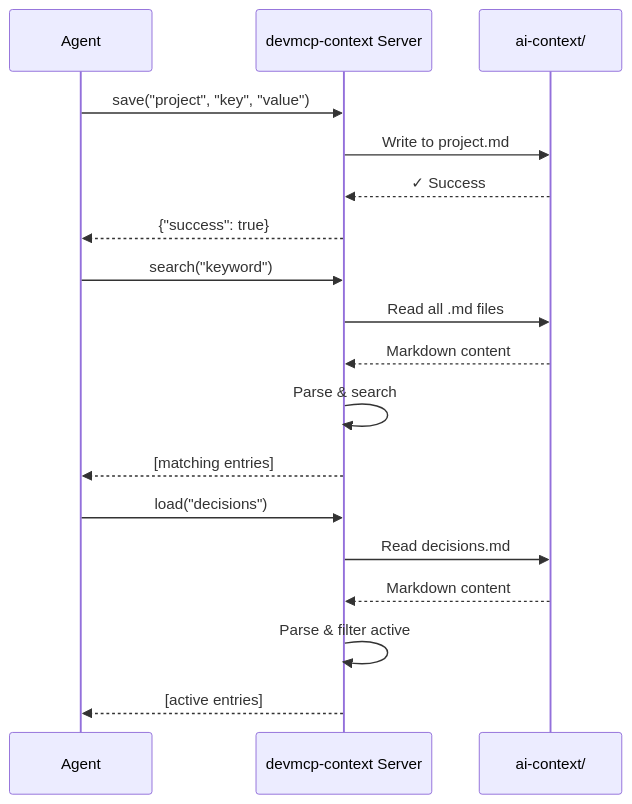
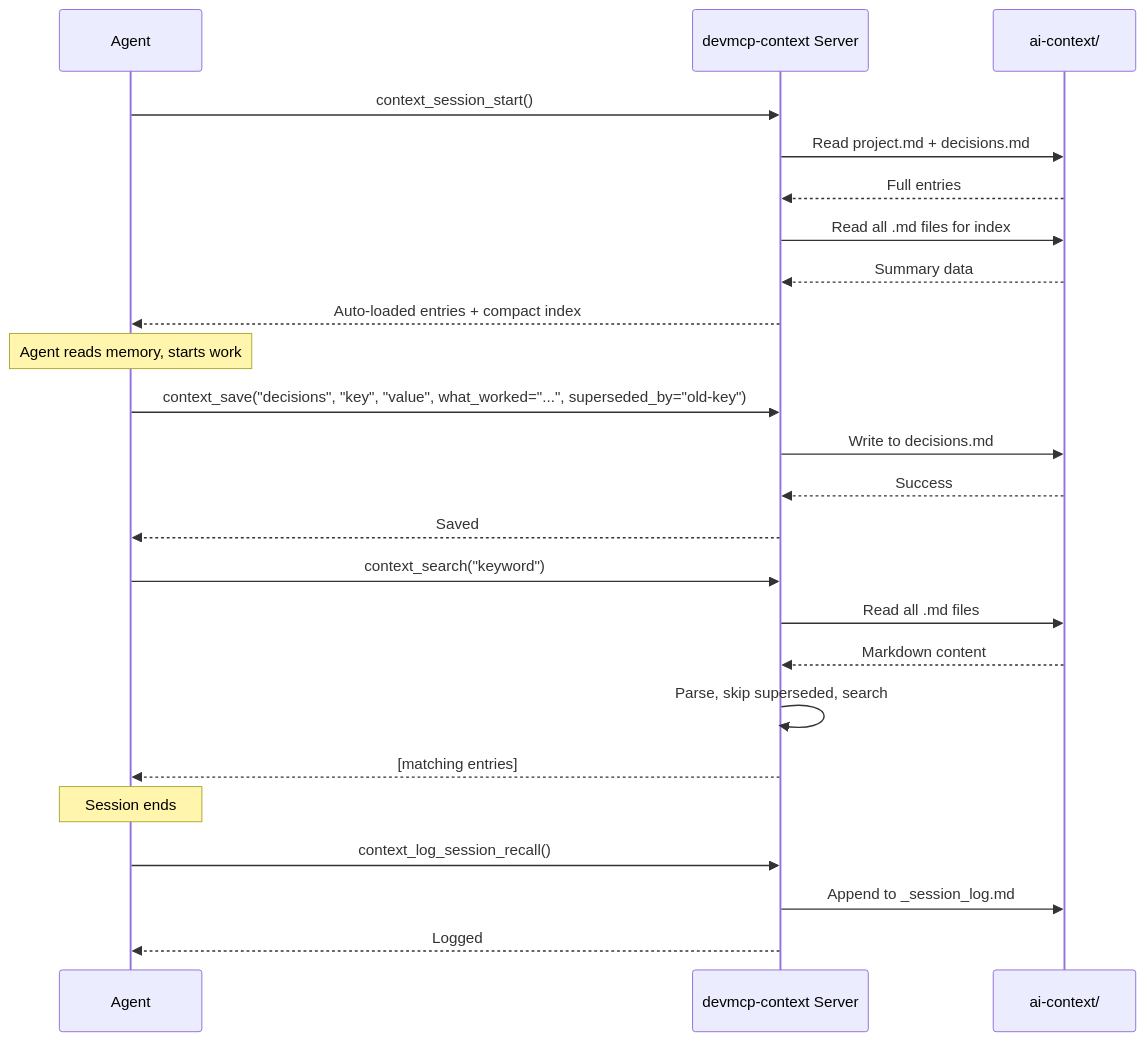
The second of 6 diagrams in docs/architecture.md (kushal1o1/devmcp-context), drawn with Mermaid before and after one commit. The commit also changed other lines of this file and 3 other files, not shown here.

Commit message:
docs:add docs for new changes recall ,session and log

````diff
--- a/docs/architecture.md
+++ b/docs/architecture.md
@@ -31,23 +31,32 @@
 ```mermaid
 sequenceDiagram
     participant Agent
     participant Server as devmcp-context Server
     participant Storage as ai-context/
     
-    Agent->>Server: save("project", "key", "value")
-    Server->>Storage: Write to project.md
-    Storage-->>Server: ✓ Success
-    Server-->>Agent: {"success": true}
+    Agent->>Server: context_session_start()
+    Server->>Storage: Read project.md + decisions.md
+    Storage-->>Server: Full entries
+    Server->>Storage: Read all .md files for index
+    Storage-->>Server: Summary data
+    Server-->>Agent: Auto-loaded entries + compact index
     
-    Agent->>Server: search("keyword")
+    Note over Agent: Agent reads memory, starts work
+    
+    Agent->>Server: context_save("decisions", "key", "value", what_worked="...", superseded_by="old-key")
+    Server->>Storage: Write to decisions.md
+    Storage-->>Server: Success
+    Server-->>Agent: Saved
+    
+    Agent->>Server: context_search("keyword")
     Server->>Storage: Read all .md files
     Storage-->>Server: Markdown content
-    Server->>Server: Parse & search
+    Server->>Server: Parse, skip superseded, search
     Server-->>Agent: [matching entries]
     
-    Agent->>Server: load("decisions")
-    Server->>Storage: Read decisions.md
-    Storage-->>Server: Markdown content
-    Server->>Server: Parse & filter active
-    Server-->>Agent: [active entries]
+    Note over Agent: Session ends
+    
+    Agent->>Server: context_log_session_recall()
+    Server->>Storage: Append to _session_log.md
+    Server-->>Agent: Logged
 ```
````
